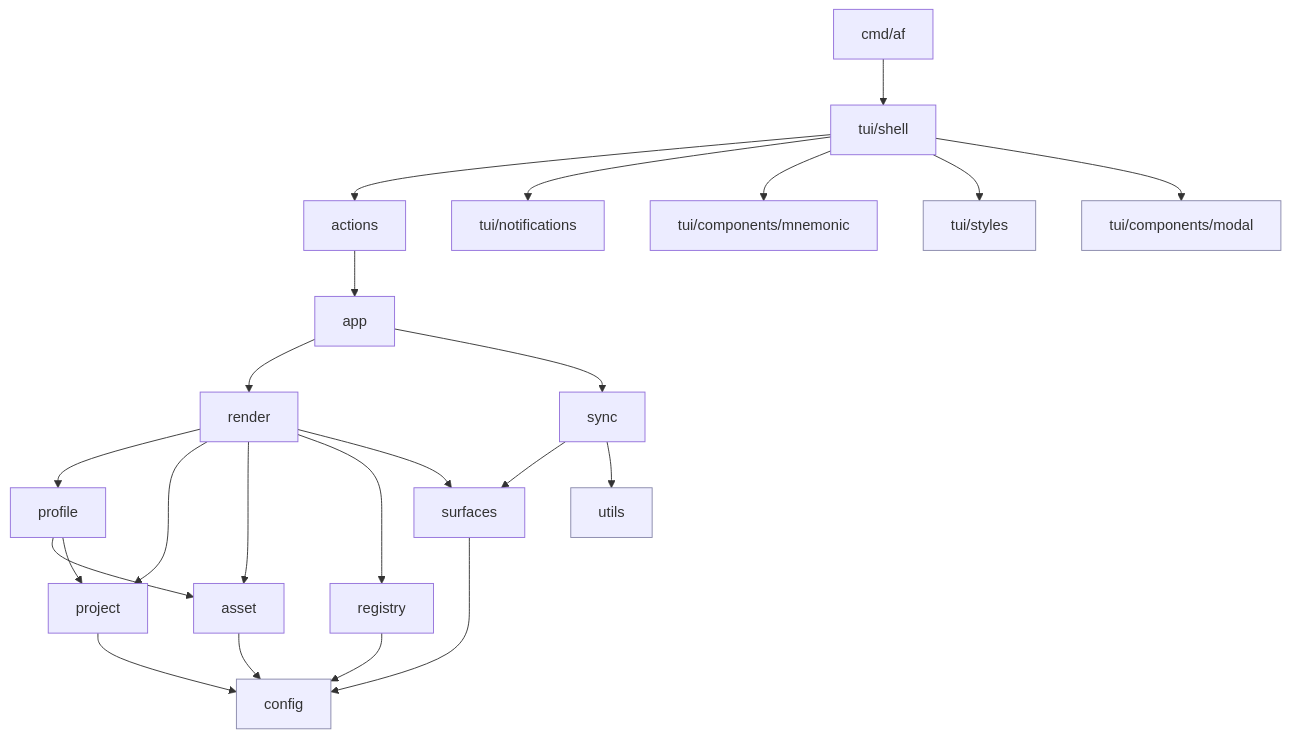
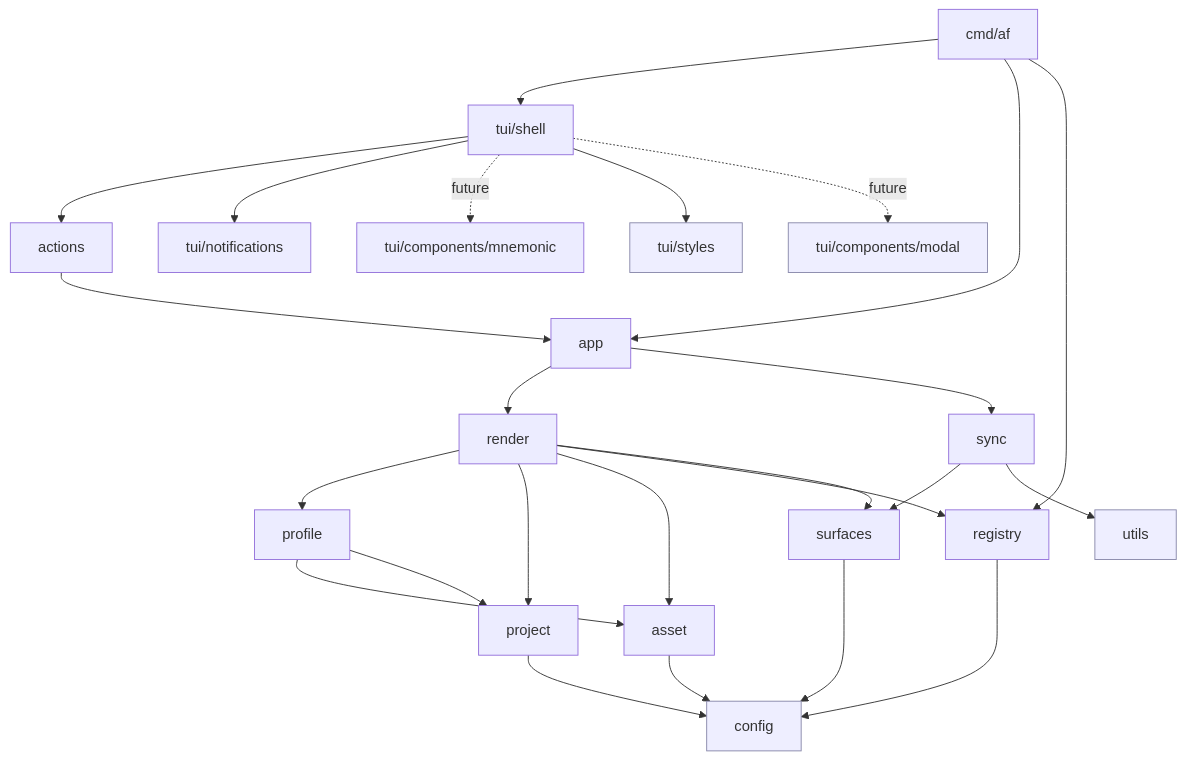
Before and after one commit to Hexworks/agentfiles: the diagram in docs/architecture/05-building-block-view.md, drawn with Mermaid. The commit also changed other lines of this file and 12 other files, not shown here.

````diff
--- a/docs/architecture/05-building-block-view.md
+++ b/docs/architecture/05-building-block-view.md
@@ -8,28 +8,30 @@
 ```mermaid
 flowchart TD
     cmdaf["cmd/af"] --> tui_shell["tui/shell"]
+    cmdaf --> app
+    cmdaf --> registry
     tui_shell --> actions
     tui_shell --> tui_notifications["tui/notifications"]
-    tui_shell --> tui_mnemonic["tui/components/mnemonic"]
+    tui_shell -.future.-> tui_mnemonic["tui/components/mnemonic"]
     tui_shell --> tui_styles["tui/styles"]
     actions --> app
     app --> render
     app --> sync
     render --> profile
     render --> project
     render --> asset
     render --> registry
     render --> surfaces
     sync --> surfaces
     sync --> utils
     profile --> asset
     profile --> project
     asset --> config
     project --> config
     registry --> config
     surfaces --> config
-    tui_shell --> tui_components_modal["tui/components/modal"]
+    tui_shell -.future.-> tui_components_modal["tui/components/modal"]
 
     classDef leaf fill:#eef,stroke:#88a;
     class config,errs,utils,tui_components_modal,tui_styles leaf;
 ```
````
